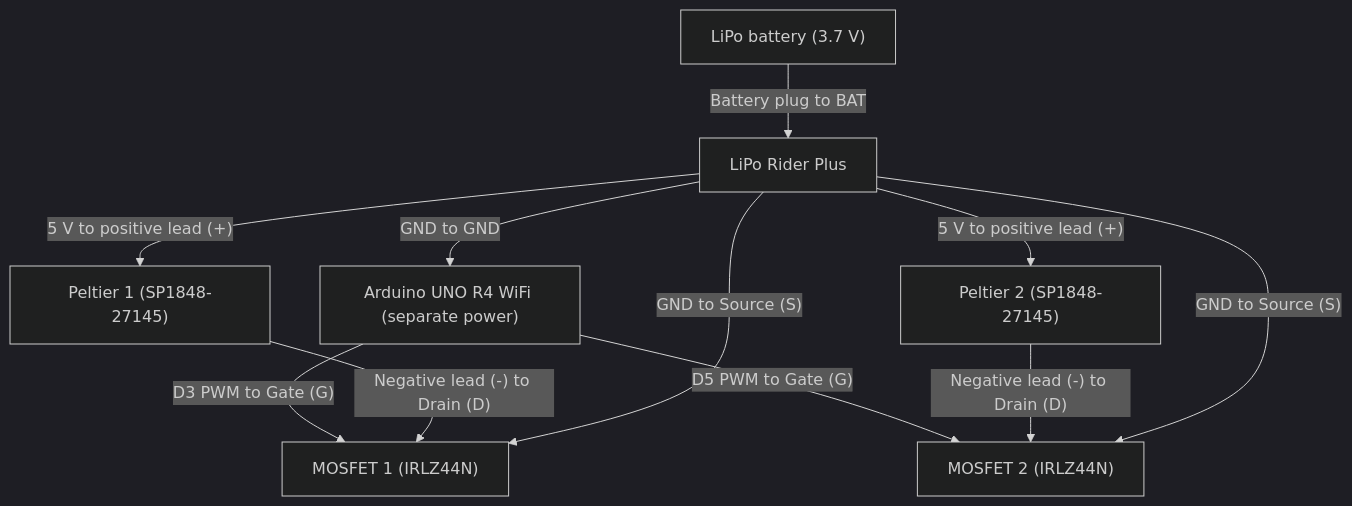
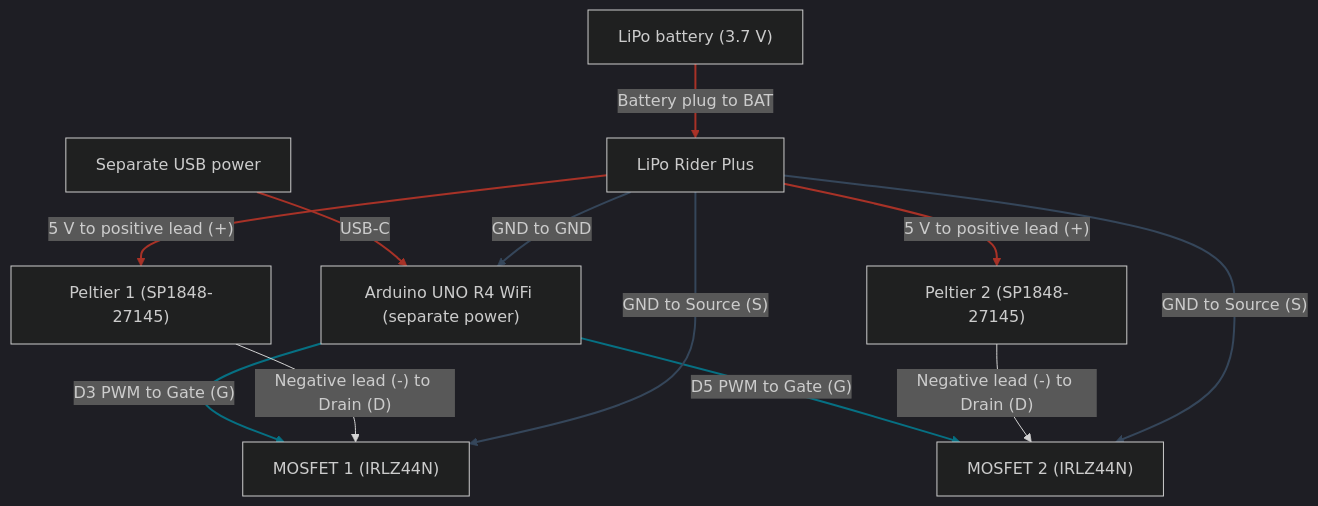
The diagram in schematics/haptell-07-dual-peltier/diagram.md (nullyks/haptell-devices), drawn with Mermaid (dark theme) before and after one commit. The commit also changed 35 other files, not shown here.

````diff
--- a/schematics/haptell-07-dual-peltier/diagram.md
+++ b/schematics/haptell-07-dual-peltier/diagram.md
@@ -6,21 +6,25 @@
 ```mermaid
 flowchart TB
   battery["LiPo battery (3.7 V)"]
   rider["LiPo Rider Plus"]
   arduino["Arduino UNO R4 WiFi (separate power)"]
   tec1["Peltier 1 (SP1848-27145)"]
   tec2["Peltier 2 (SP1848-27145)"]
   q1["MOSFET 1 (IRLZ44N)"]
   q2["MOSFET 2 (IRLZ44N)"]
 
+  usb["Separate USB power"] -->|"USB-C"| arduino
   battery -->|"Battery plug to BAT"| rider
   rider -->|"GND to GND"| arduino
   rider -->|"5 V to positive lead (+)"| tec1
   rider -->|"5 V to positive lead (+)"| tec2
   arduino -->|"D3 PWM to Gate (G)"| q1
   arduino -->|"D5 PWM to Gate (G)"| q2
   tec1 -->|"Negative lead (-) to Drain (D)"| q1
   tec2 -->|"Negative lead (-) to Drain (D)"| q2
   rider -->|"GND to Source (S)"| q1
   rider -->|"GND to Source (S)"| q2
+  linkStyle 0,1,3,4 stroke:#a83227,stroke-width:2px
+  linkStyle 2,9,10 stroke:#35465a,stroke-width:2px
+  linkStyle 5,6 stroke:#067083,stroke-width:2px
 ```
````
